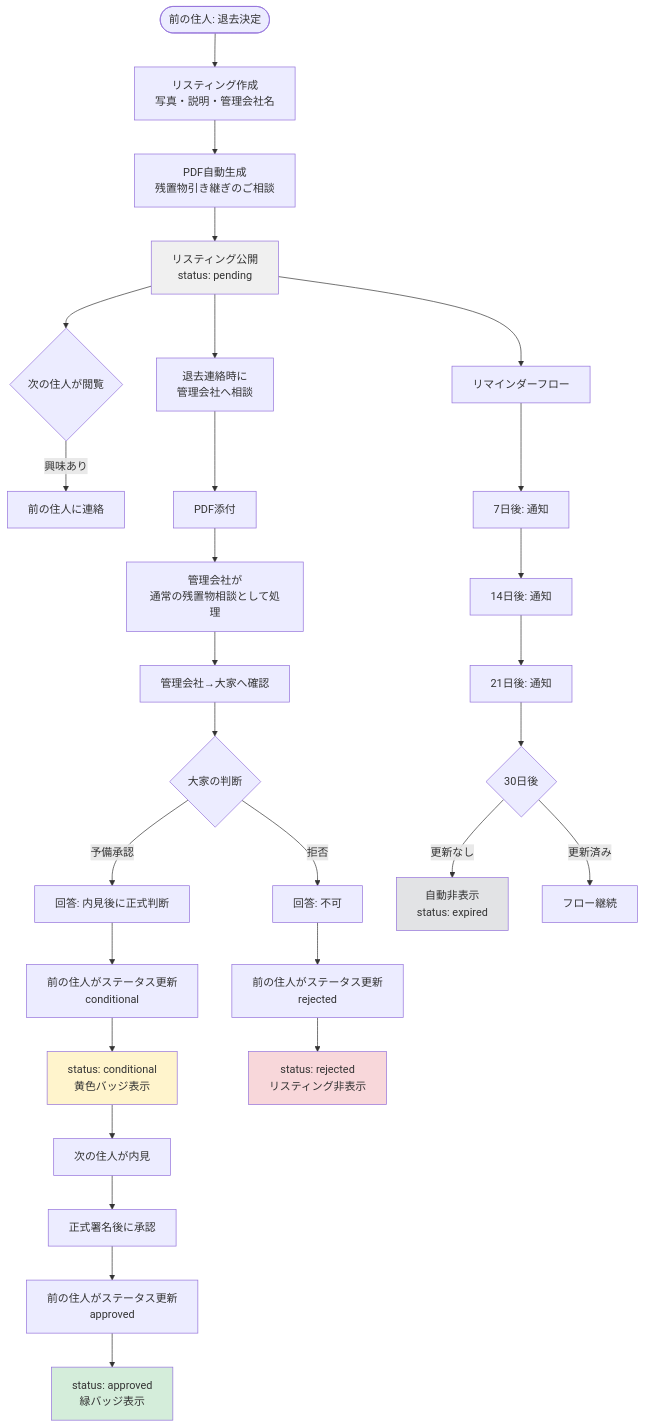
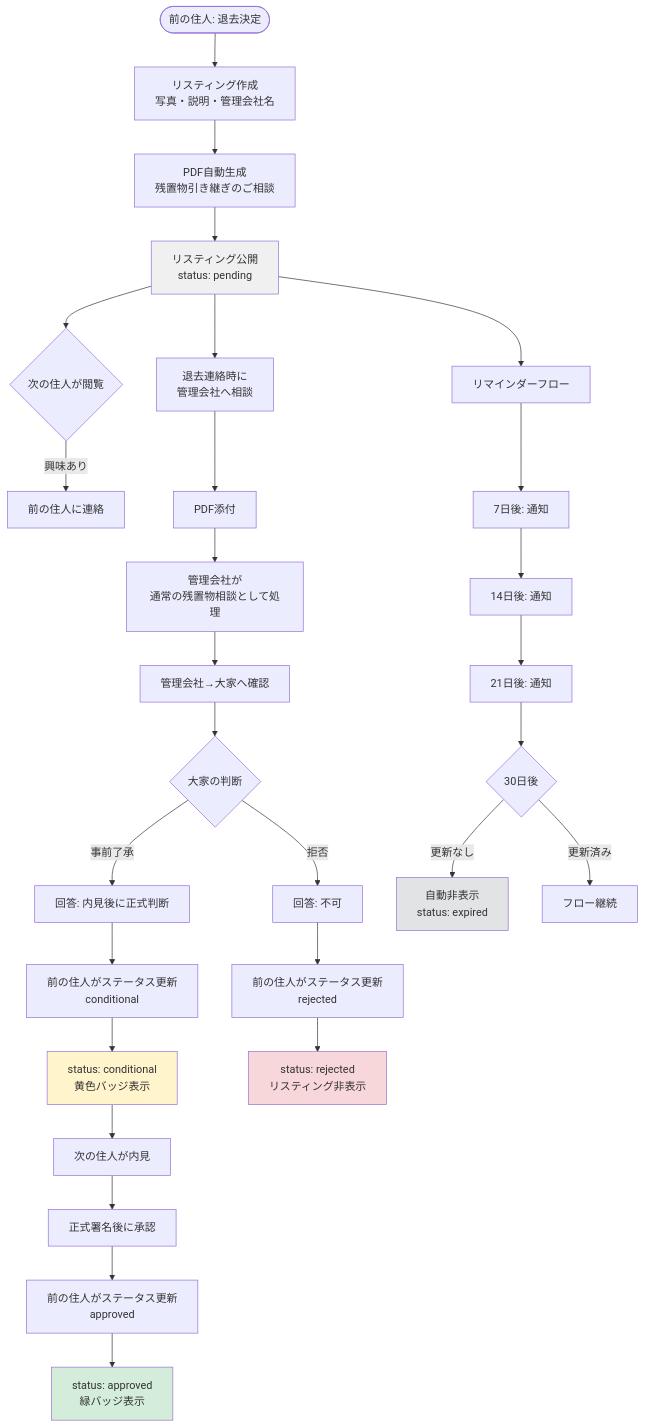
The first of 4 diagrams in docs/plans/approval-flow-diagram.md (kokiebisu/sumitsugi), drawn with Mermaid before and after one commit. The commit also changed other lines of this file and 1 other file, not shown here.

````diff
--- a/docs/plans/approval-flow-diagram.md
+++ b/docs/plans/approval-flow-diagram.md
@@ -10,44 +10,44 @@
 ```mermaid
 graph TD
     Start([前の住人: 退去決定]) --> CreateListing[リスティング作成<br/>写真・説明・管理会社名]
     CreateListing --> GeneratePDF[PDF自動生成<br/>残置物引き継ぎのご相談]
     GeneratePDF --> PublishListing[リスティング公開<br/>status: pending]
 
     PublishListing --> BuyerView{次の住人が閲覧}
     BuyerView -->|興味あり| ContactSeller[前の住人に連絡]
 
     PublishListing --> TenantContact[退去連絡時に<br/>管理会社へ相談]
     TenantContact --> AttachPDF[PDF添付]
     AttachPDF --> MgmtProcess[管理会社が<br/>通常の残置物相談として処理]
 
     MgmtProcess --> CheckLandlord[管理会社→大家へ確認]
     CheckLandlord --> LandlordDecision{大家の判断}
 
-    LandlordDecision -->|予備承認| PreliminaryOK[回答: 内見後に正式判断]
+    LandlordDecision -->|事前了承| PreliminaryOK[回答: 内見後に正式判断]
     LandlordDecision -->|拒否| Rejected[回答: 不可]
 
     PreliminaryOK --> TenantUpdate1[前の住人がステータス更新<br/>conditional]
     Rejected --> TenantUpdate2[前の住人がステータス更新<br/>rejected]
 
     TenantUpdate1 --> ConditionalStatus[status: conditional<br/>黄色バッジ表示]
     ConditionalStatus --> Viewing[次の住人が内見]
     Viewing --> FormalApproval[正式署名後に承認]
     FormalApproval --> TenantUpdate3[前の住人がステータス更新<br/>approved]
     TenantUpdate3 --> ApprovedStatus[status: approved<br/>緑バッジ表示]
 
     TenantUpdate2 --> RejectedStatus[status: rejected<br/>リスティング非表示]
 
     PublishListing --> ReminderFlow[リマインダーフロー]
     ReminderFlow --> Day7[7日後: 通知]
     Day7 --> Day14[14日後: 通知]
     Day14 --> Day21[21日後: 通知]
     Day21 --> Day30{30日後}
     Day30 -->|更新なし| AutoExpire[自動非表示<br/>status: expired]
     Day30 -->|更新済み| Continue[フロー継続]
 
     style PublishListing fill:#f0f0f0
     style ConditionalStatus fill:#fff4cc
     style ApprovedStatus fill:#d4edda
     style RejectedStatus fill:#f8d7da
     style AutoExpire fill:#e2e3e5
 ```
````
